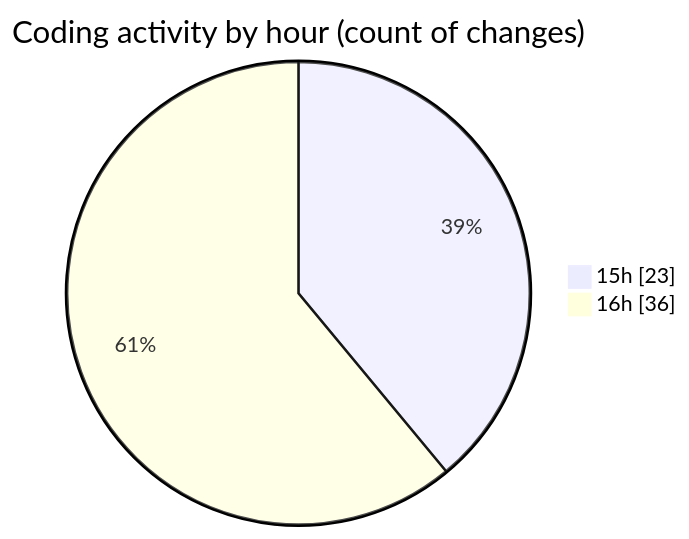
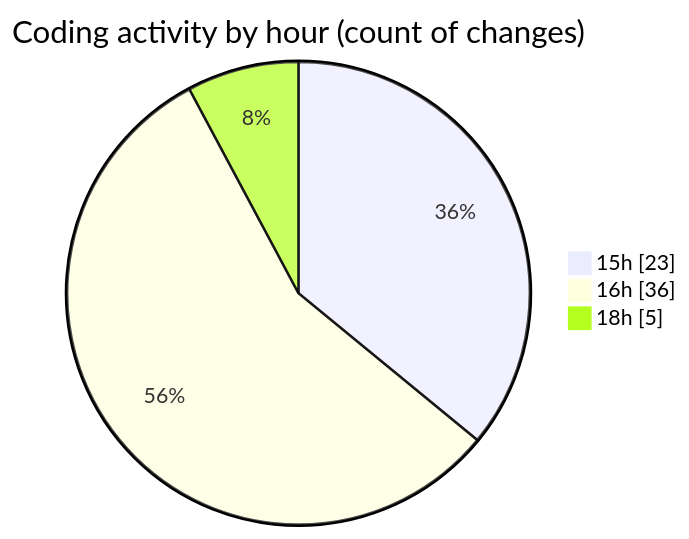
One commit to Netris89/code-tracking changed the second of 2 diagrams in 2025-04-01/back-end/README.md. Above: the diagram before and after it, drawn with Mermaid. The commit also changed other lines of this file and 1 other file, not shown here.

````diff
--- a/2025-04-01/back-end/README.md
+++ b/2025-04-01/back-end/README.md
@@ -31,6 +32,7 @@
 ```mermaid
 pie showData
 title Coding activity by hour (count of changes)
 "15h" : 23
 "16h" : 36
+"18h" : 5
 ```
````
